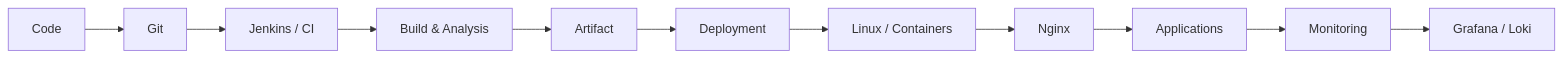
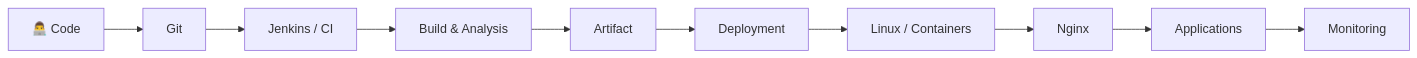
The first of 4 diagrams in README.md (Aryamnsls/Aryamnsls), drawn with Mermaid before and after one commit. The commit also changed other lines of this file, not shown here.

````diff
--- a/README.md
+++ b/README.md
@@ -274,13 +257,24 @@
 ```mermaid
 flowchart LR
-    DEV["Code"] --> GIT["Git"]
-    GIT --> CI["Jenkins / CI"]
-    CI --> QA["Build & Analysis"]
-    QA --> ART["Artifact"]
-    ART --> DEP["Deployment"]
-    DEP --> INFRA["Linux / Containers"]
-    INFRA --> PROXY["Nginx"]
-    PROXY --> APP["Applications"]
-    APP --> MON["Monitoring"]
-    MON --> OBS["Grafana / Loki"]
+
+    DEV["👨‍💻 Code"]
+    GIT["Git"]
+    CI["Jenkins / CI"]
+    QA["Build & Analysis"]
+    ART["Artifact"]
+    DEP["Deployment"]
+    INFRA["Linux / Containers"]
+    PROXY["Nginx"]
+    APP["Applications"]
+    MON["Monitoring"]
+
+    DEV --> GIT
+    GIT --> CI
+    CI --> QA
+    QA --> ART
+    ART --> DEP
+    DEP --> INFRA
+    INFRA --> PROXY
+    PROXY --> APP
+    APP --> MON
 ```
````
